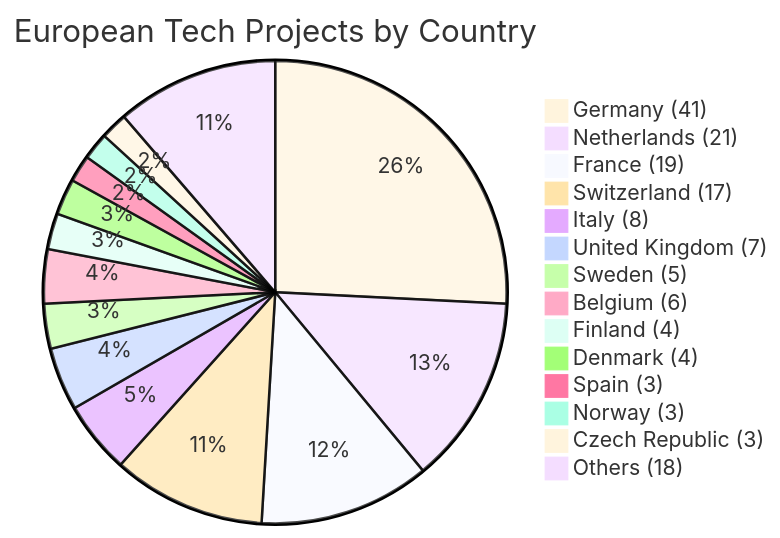
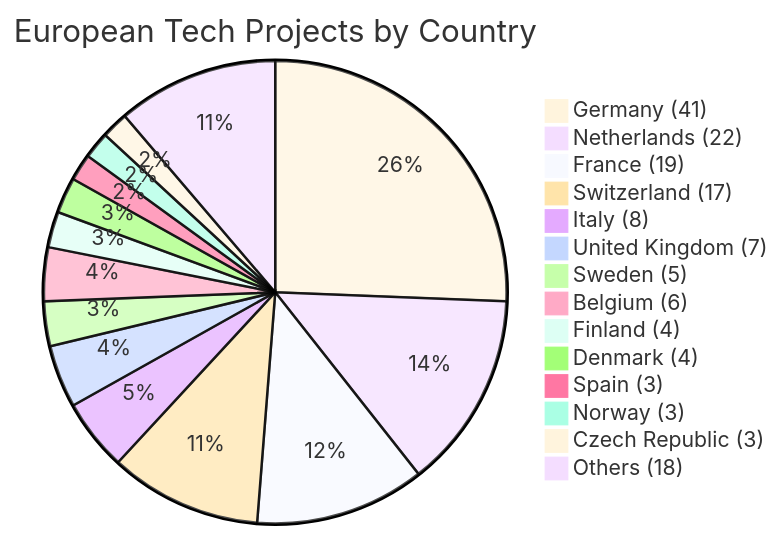
Before and after one commit to uscneps/Awesome-European-Tech: the diagram in README.md, drawn with Mermaid. The commit also changed other lines of this file, not shown here.

````diff
--- a/README.md
+++ b/README.md
@@ -23,19 +23,19 @@
 ```mermaid
 %%{init: {'theme': 'base' }}%%
 pie
   title European Tech Projects by Country
   "Germany (41)" : 41
-  "Netherlands (21)" : 21
+  "Netherlands (22)" : 22
   "France (19)" : 19
   "Switzerland (17)" : 17
   "Italy (8)" : 8
   "United Kingdom (7)" : 7
   "Sweden (5)" : 5
   "Belgium (6)" : 6
   "Finland (4)" : 4
   "Denmark (4)" : 4
   "Spain (3)" : 3
   "Norway (3)" : 3
   "Czech Republic (3)" : 3
   "Others (18)" : 18
 ```
````
